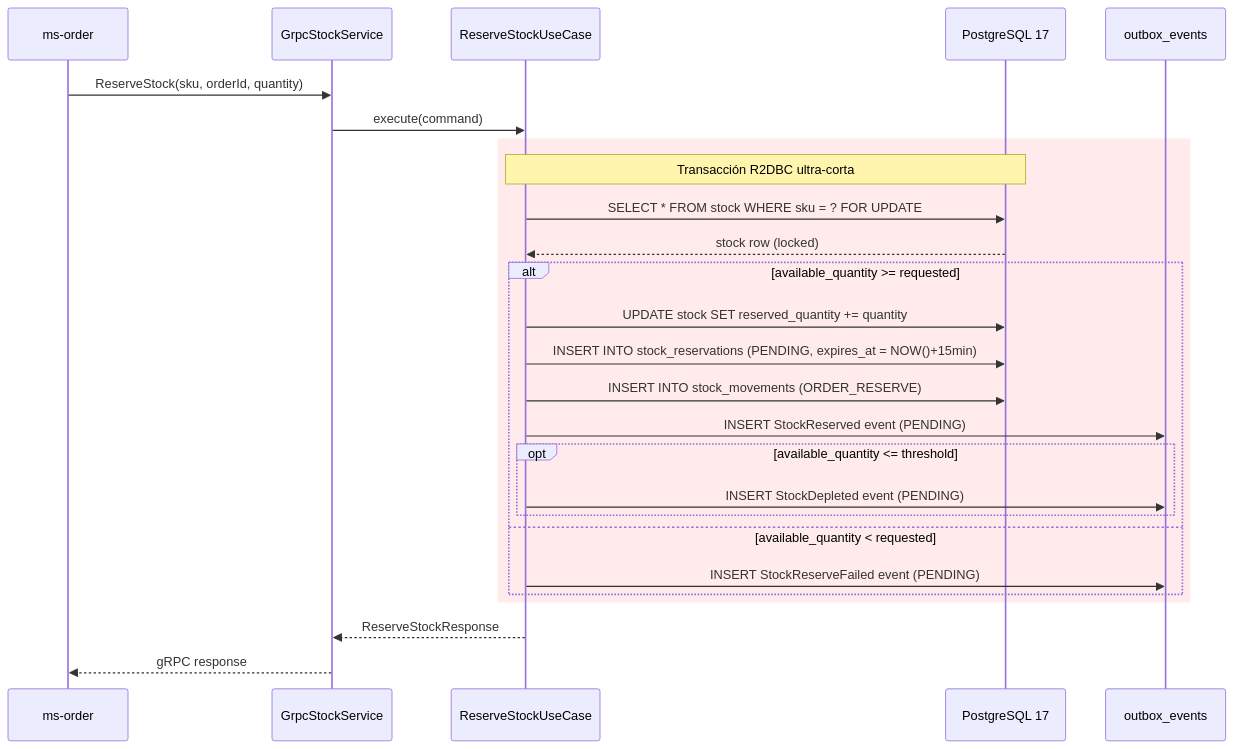
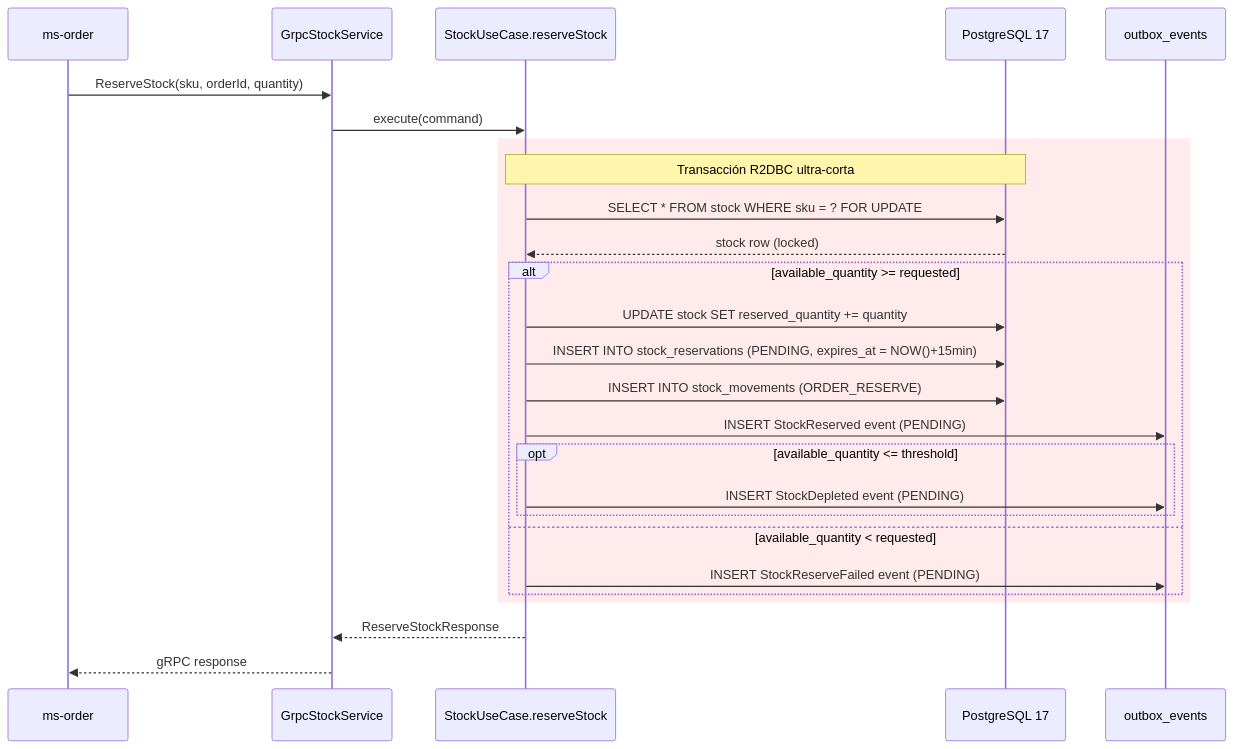
The second of 6 diagrams in .kiro/specs/ms-inventory/design.md (Saisho137/Arka), drawn with Mermaid before and after one commit. The commit also changed other lines of this file and 10 other files, not shown here.

First line of the commit message:
feat(ms-inventory): implement domain use cases with consolidated architecture

````diff
--- a/.kiro/specs/ms-inventory/design.md
+++ b/.kiro/specs/ms-inventory/design.md
@@ -100,31 +92,31 @@
 ```mermaid
 sequenceDiagram
     participant MsOrder as ms-order
     participant GrpcService as GrpcStockService
-    participant UseCase as ReserveStockUseCase
+    participant UseCase as StockUseCase.reserveStock
     participant PG as PostgreSQL 17
     participant Outbox as outbox_events
 
     MsOrder->>GrpcService: ReserveStock(sku, orderId, quantity)
     GrpcService->>UseCase: execute(command)
 
     rect rgb(255, 235, 235)
         Note over UseCase,PG: Transacción R2DBC ultra-corta
         UseCase->>PG: SELECT * FROM stock WHERE sku = ? FOR UPDATE
         PG-->>UseCase: stock row (locked)
         alt available_quantity >= requested
             UseCase->>PG: UPDATE stock SET reserved_quantity += quantity
             UseCase->>PG: INSERT INTO stock_reservations (PENDING, expires_at = NOW()+15min)
             UseCase->>PG: INSERT INTO stock_movements (ORDER_RESERVE)
             UseCase->>Outbox: INSERT StockReserved event (PENDING)
             opt available_quantity <= threshold
                 UseCase->>Outbox: INSERT StockDepleted event (PENDING)
             end
         else available_quantity < requested
             UseCase->>Outbox: INSERT StockReserveFailed event (PENDING)
         end
     end
 
     UseCase-->>GrpcService: ReserveStockResponse
     GrpcService-->>MsOrder: gRPC response
 ```
````
